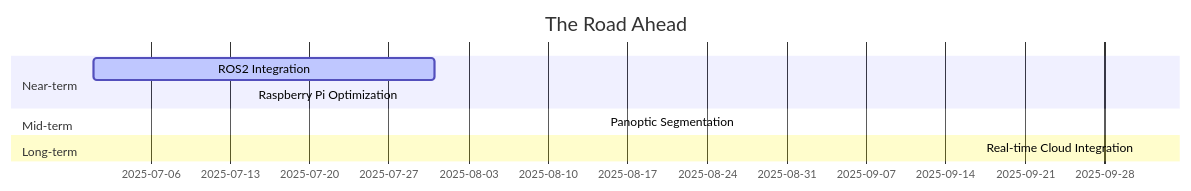
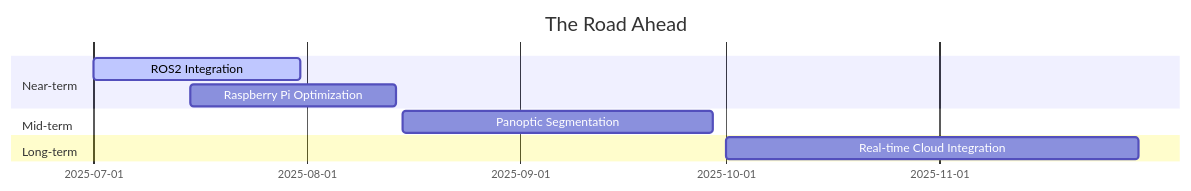
The second of 2 diagrams in README.md (avelev99/road-damage-detection), drawn with Mermaid before and after one commit. The commit also changed other lines of this file and 1 other file, not shown here.

````diff
--- a/README.md
+++ b/README.md
@@ -56,12 +56,12 @@
 ```mermaid
 gantt
     title The Road Ahead
     dateFormat  YYYY-MM-DD
     section Near-term
     ROS2 Integration       :active, 2025-07-01, 30d
-    Raspberry Pi Optimization :2025-07-15, 30d  <!-- Challenge accepted -->
+    Raspberry Pi Optimization :2025-07-15, 30d 
     section Mid-term
-    Panoptic Segmentation  :2025-08-15, 45d  <!-- Because bounding boxes are so 2023 -->
+    Panoptic Segmentation  :2025-08-15, 45d 
     section Long-term
-    Real-time Cloud Integration :2025-10-01, 60d <!-- When 5G finally works -->
+    Real-time Cloud Integration :2025-10-01, 60d
 ```
````
